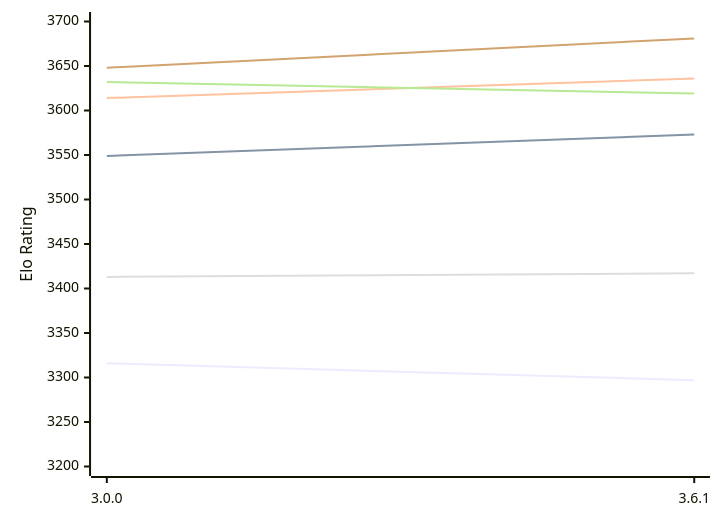
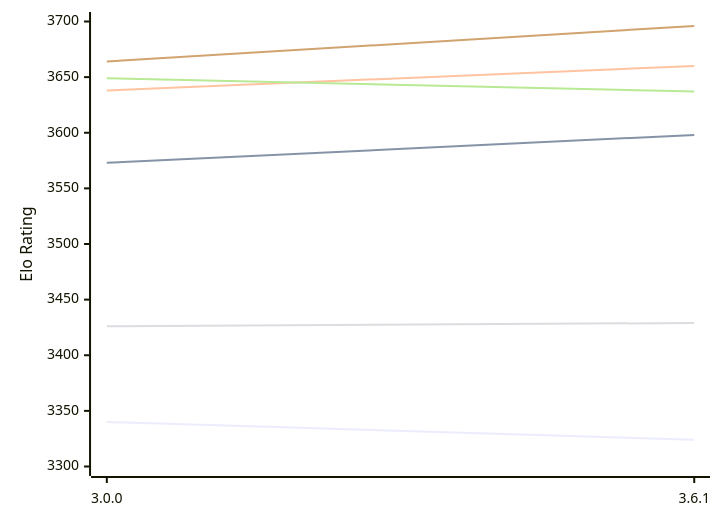
One commit to computer-chess-index/cci changed the diagram in engines/Peras.md. Above: the diagram before and after it, drawn with Mermaid. The commit also changed other lines of this file, not shown here.

Commit message:
Update CCI Ratings (ELO VLTC) - 2026-10-24

````diff
--- a/engines/Peras.md
+++ b/engines/Peras.md
@@ -49,12 +49,12 @@
 ```mermaid
 %%{init: {"theme":"base","themeVariables":{"seriesColors:['#a3a3a3','#222221','#faa371']}}}%%
 xychart-beta
   x-axis ["3.0.0", "3.6.1"]
-  y-axis "Elo Rating" 3200 --> 3700
-  line "E1: STC (8.0+0.08s)" [3316, 3297]
-  line "E1: LTC (60.0+0.60s)" [3549, 3573]
-  line "E1: VLTC (2m24s+1.12s)" [3614, 3636]
-  line "P1: STC (8.0+0.08s)" [3413, 3417]
-  line "P1: LTC (60.0+0.60s)" [3632, 3619]
-  line "P1: VLTC (2m24s+1.12s)" [3648, 3681]
+  y-axis "Elo Rating" 3300 --> 3700
+  line "E1: STC (8.0+0.08s)" [3340, 3324]
+  line "E1: LTC (60.0+0.60s)" [3573, 3598]
+  line "E1: VLTC (2m24s+1.12s)" [3638, 3660]
+  line "P1: STC (8.0+0.08s)" [3426, 3429]
+  line "P1: LTC (60.0+0.60s)" [3649, 3637]
+  line "P1: VLTC (2m24s+1.12s)" [3664, 3696]
 ```
````
